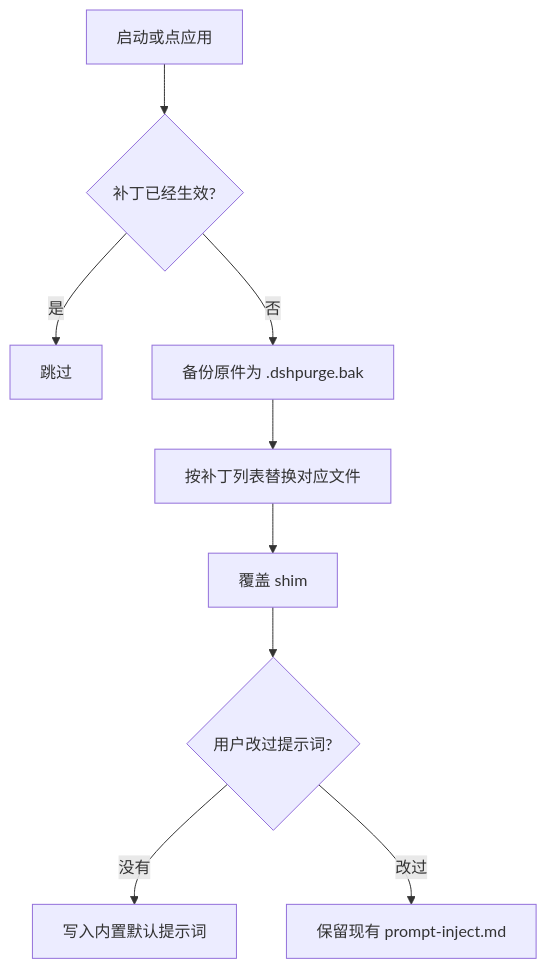
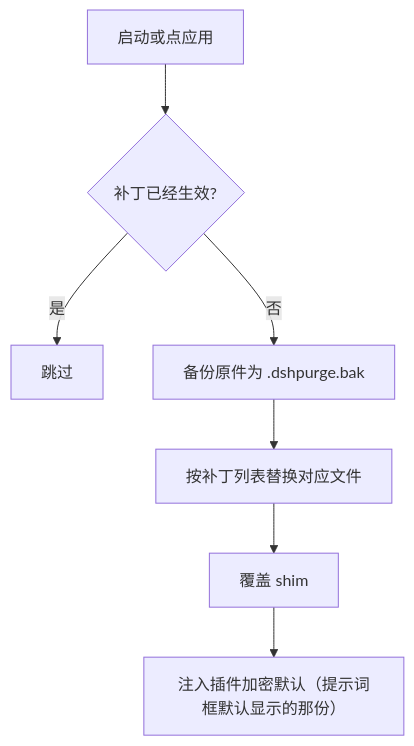
Before and after one commit to 89096000/dsh-purge: the first of 3 diagrams in README.zh-CN.md, drawn with Mermaid. The commit also changed other lines of this file and 24 other files, not shown here.

````diff
--- a/README.zh-CN.md
+++ b/README.zh-CN.md
@@ -691,11 +696,9 @@
 ```mermaid
 flowchart TD
   A["启动或点应用"] --> B{"补丁已经生效?"}
   B -->|是| C["跳过"]
   B -->|否| D["备份原件为 .dshpurge.bak"]
   D --> E["按补丁列表替换对应文件"]
   E --> F["覆盖 shim"]
-  F --> G{"用户改过提示词?"}
-  G -->|没有| H["写入内置默认提示词"]
-  G -->|改过| I["保留现有 prompt-inject.md"]
+  F --> G["注入插件加密默认（提示词框默认显示的那份）"]
 ```
````
